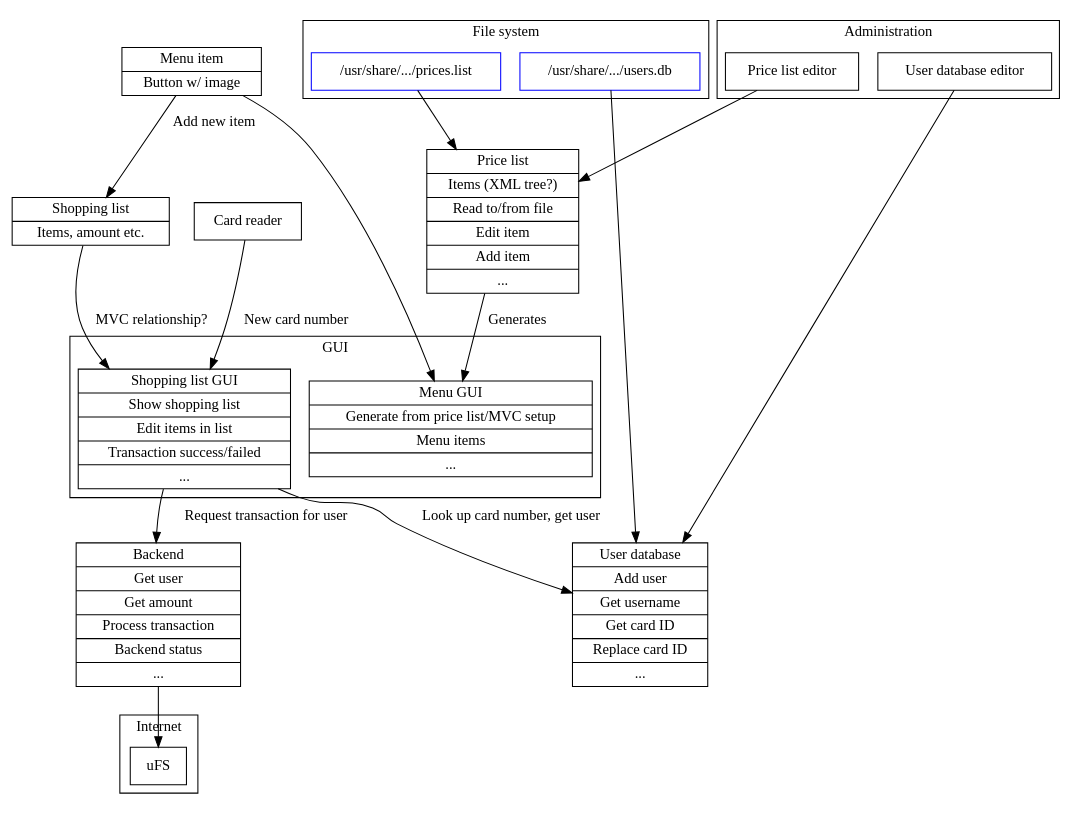
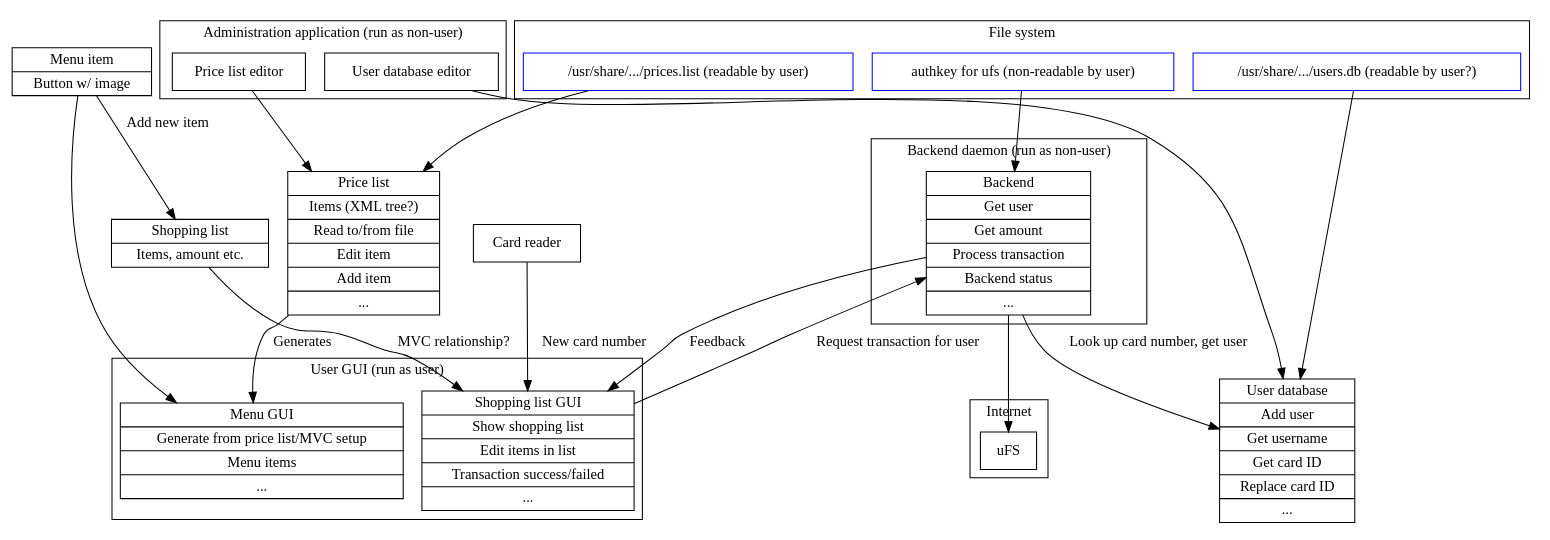
Before and after one commit to bjorgan/digcross: the diagram in docs/classes.dot, drawn with Graphviz.

Commit message:
Rectify flowchart.

```diff
--- a/docs/classes.dot
+++ b/docs/classes.dot
@@ -1,48 +1,55 @@
 digraph G {
 	node[shape=box]
 	subgraph clusterinternet{
 		label="Internet"
 		ufs[label="uFS"]
 	}
-		
+
 	backend->ufs
 
 	subgraph clusterfilesystem {
 		label="File system"
-		userdbfile[color=blue,label="/usr/share/.../users.db"]
-		pricefile[color=blue,label="/usr/share/.../prices.list"]
+		userdbfile[color=blue,label="/usr/share/.../users.db (readable by user?)"]
+		pricefile[color=blue,label="/usr/share/.../prices.list (readable by user)"]
+		authfile[color=blue,label="authkey for ufs (non-readable by user)"]
 	}
 
 	subgraph clustergui{
-		label="GUI"
+		label="User GUI (run as user)"
 		shoppinglistgui[shape=record,label="{ Shopping list GUI | Show shopping list | Edit items in list | Transaction success/failed | ... }"]
 		menu[shape=record,label="{ Menu GUI | Generate from price list/MVC setup | Menu items | ... }"]
 	}
 
 	subgraph clusteradmingui{
-		label="Administration"
+		label="Administration application (run as non-user)"
 		userdbeditor[label="User database editor"]
 		pricelisteditor[label="Price list editor"]
 	}
 
-	backend[shape=record,label="{ Backend | Get user | Get amount | Process transaction | Backend status | ... }"]
+	subgraph clusterdaemon {
+		label="Backend daemon (run as non-user)"
+		backend[shape=record,label="{ Backend | Get user | Get amount | Process transaction | Backend status | ... }"]
+		authfile->backend
+	}
+
+	userdb[shape=record,label="{ User database | Add user | Get username | Get card ID | Replace card ID | ... }"]
 	shoppinglist[shape=record,label="{ Shopping list | Items, amount etc. }"]
 	cardreader[label="Card reader"]
 	menuitem[shape=record,label="{ Menu item | Button w/ image }"]
 	pricelist[shape=record,label="{ Price list | Items (XML tree?) | Read to/from file | Edit item | Add item | ... }"]
-	userdb[shape=record,label="{ User database | Add user | Get username | Get card ID | Replace card ID | ... }"]
-	
+
 
 	cardreader->shoppinglistgui[label="New card number"]
 	shoppinglist->shoppinglistgui[label="MVC relationship?"]
 	userdbfile->userdb
 	pricefile->pricelist
 	pricelist->menu[label="Generates"]
 	menuitem->menu
 	menuitem->shoppinglist[label="Add new item"]
 
 	pricelisteditor->pricelist
 	userdbeditor->userdb
 	shoppinglistgui->backend[label="Request transaction for user"]
-	shoppinglistgui->userdb[label="Look up card number, get user"]
+	backend->userdb[label="Look up card number, get user"]
+	backend->shoppinglistgui[label="Feedback"]
 }
```
